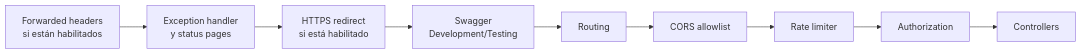
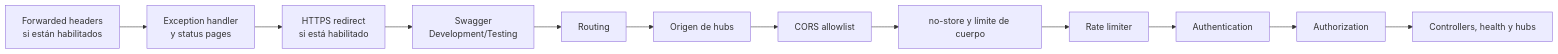
The second of 3 diagrams in Vault/04-arquitectura/openapi-http-y-signalr.md (ErickEduardo027/ELEVANT), drawn with Mermaid before and after one commit. The commit also changed other lines of this file and 51 other files, not shown here.

````diff
--- a/Vault/04-arquitectura/openapi-http-y-signalr.md
+++ b/Vault/04-arquitectura/openapi-http-y-signalr.md
@@ -133,14 +116,17 @@
 ```mermaid
 flowchart LR
     FH[Forwarded headers\nsi están habilitados]
     ERR[Exception handler\ny status pages]
     HTTPS[HTTPS redirect\nsi está habilitado]
     SW[Swagger\nDevelopment/Testing]
     ROUTE[Routing]
+    ORIGIN[Origen de hubs]
     CORS[CORS allowlist]
+    SIZE[no-store y límite de cuerpo]
     RATE[Rate limiter]
+    AUTHN[Authentication]
     AUTHZ[Authorization]
-    END[Controllers]
+    END[Controllers, health y hubs]
 
-    FH --> ERR --> HTTPS --> SW --> ROUTE --> CORS --> RATE --> AUTHZ --> END
+    FH --> ERR --> HTTPS --> SW --> ROUTE --> ORIGIN --> CORS --> SIZE --> RATE --> AUTHN --> AUTHZ --> END
 ```
````
